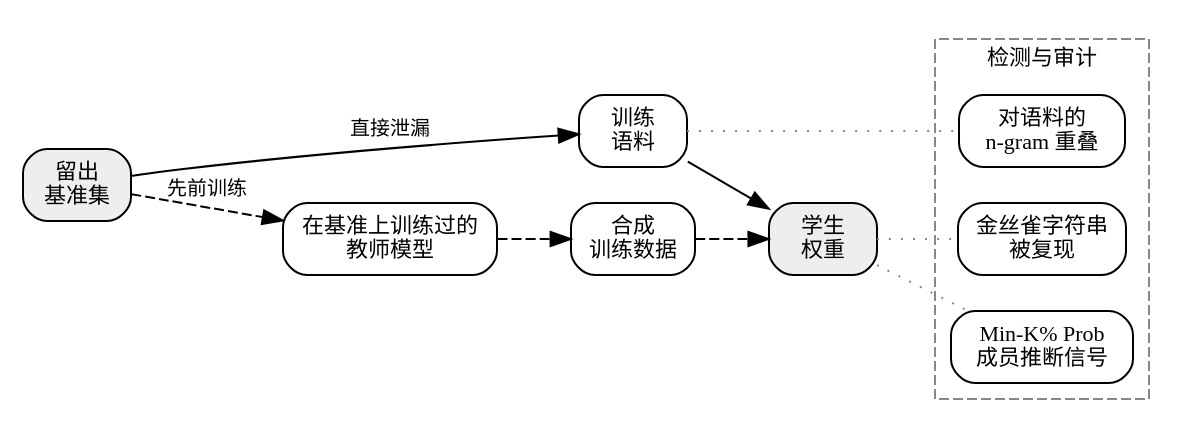
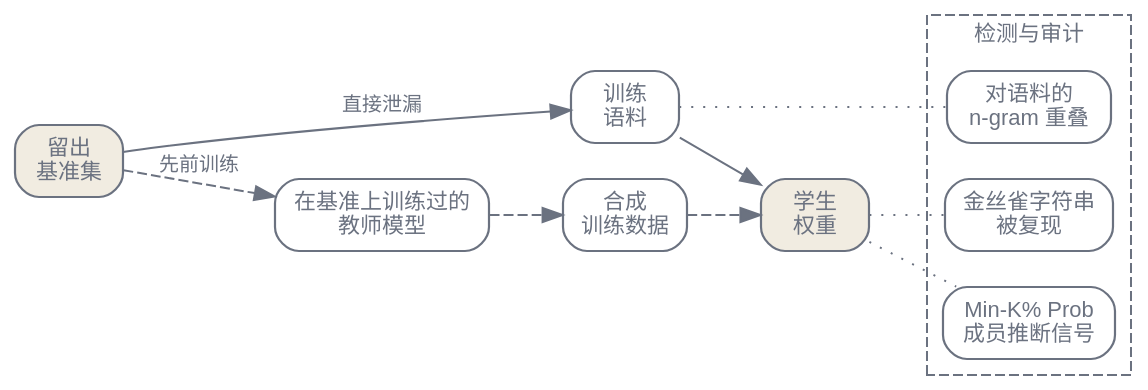
Before and after one commit to latere-ai/ai-as-an-infrastructure: the second of 3 diagrams in zh/p6-evaluation/27-benchmarks.qmd, drawn with Graphviz. The commit also changed 186 other files, not shown here.

First line of the commit message:
book: visual audit pass on all diagrams and figures

````diff
--- a/zh/p6-evaluation/27-benchmarks.qmd
+++ b/zh/p6-evaluation/27-benchmarks.qmd
@@ -64,33 +64,36 @@
 ```{dot}
 //| label: fig-benchmarks-contamination
 //| fig-cap: "一个基准如何污染一个模型，以及契约如何被审计。直接路径经训练语料泄漏；间接路径经一个教师模型的合成数据到达。检测信号（Shi et al., 2023）在事后审计已训练的权重。"
 digraph {
   rankdir=LR;
-  node [shape=box, style=rounded, fontsize=11];
+  bgcolor="transparent";
+  node [shape=box, style=rounded, fontname="Helvetica", fontsize=11, color="#6b7280", fontcolor="#6b7280", penwidth=1.1];
+  edge [fontname="Helvetica", color="#6b7280", fontcolor="#6b7280"];
 
-  Bench ["label"="留出\n基准集", style="rounded,filled", fillcolor="#eeeeee"];
+  Bench ["label"="留出\n基准集", style="rounded,filled", fillcolor="#f1ece1"];
   Corpus ["label"="训练\n语料"];
   Teacher ["label"="在基准上训练过的\n教师模型"];
   Synth ["label"="合成\n训练数据"];
-  Weights ["label"="学生\n权重", style="rounded,filled", fillcolor="#eeeeee"];
+  Weights ["label"="学生\n权重", style="rounded,filled", fillcolor="#f1ece1"];
 
   Bench -> Corpus ["label"="直接泄漏", fontsize=10];
   Corpus -> Weights;
   Bench -> Teacher ["style"="dashed", "label"="先前训练", fontsize=10];
   Teacher -> Synth -> Weights ["style"="dashed"];
 
   subgraph cluster_audit {
     label="检测与审计";
     style=dashed;
-    color="#888888";
+    color="#6b7280";
+    fontcolor="#6b7280";
     fontsize=11;
     Ngram ["label"="对语料的\nn-gram 重叠"];
     Canary ["label"="金丝雀字符串\n被复现"];
     MinK ["label"="Min-K% Prob\n成员推断信号"];
   }
 
-  Corpus -> Ngram ["style"="dotted", color="#888888", arrowhead=none];
-  Weights -> Canary ["style"="dotted", color="#888888", arrowhead=none];
-  Weights -> MinK ["style"="dotted", color="#888888", arrowhead=none];
+  Corpus -> Ngram ["style"="dotted", arrowhead=none];
+  Weights -> Canary ["style"="dotted", arrowhead=none];
+  Weights -> MinK ["style"="dotted", arrowhead=none];
 }
 ```
````
